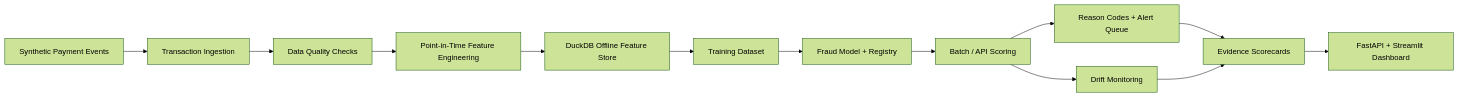
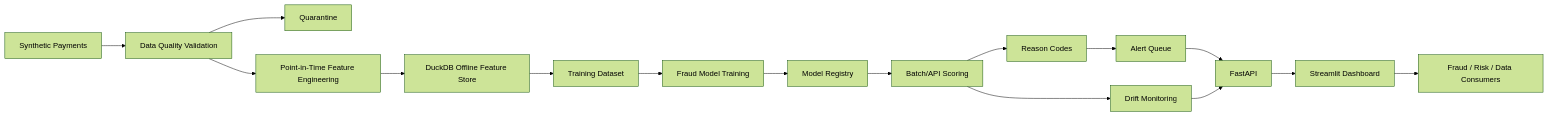
The diagram in README.md (mohilamin/payments-fraud-feature-store-mlops), drawn with Mermaid (forest theme) before and after one commit. The commit also changed other lines of this file and 16 other files, not shown here.

````diff
--- a/README.md
+++ b/README.md
@@ -24,15 +48,18 @@
 ```mermaid
 flowchart LR
-    A["Synthetic Payment Events"] --> B["Transaction Ingestion"]
-    B --> C["Data Quality Checks"]
-    C --> D["Point-in-Time Feature Engineering"]
+    A["Synthetic Payments"] --> B["Data Quality Validation"]
+    B --> C["Quarantine"]
+    B --> D["Point-in-Time Feature Engineering"]
     D --> E["DuckDB Offline Feature Store"]
     E --> F["Training Dataset"]
-    F --> G["Fraud Model + Registry"]
-    G --> H["Batch / API Scoring"]
-    H --> I["Reason Codes + Alert Queue"]
-    H --> J["Drift Monitoring"]
-    I --> K["Evidence Scorecards"]
-    J --> K
-    K --> L["FastAPI + Streamlit Dashboard"]
+    F --> G["Fraud Model Training"]
+    G --> H["Model Registry"]
+    H --> I["Batch/API Scoring"]
+    I --> J["Reason Codes"]
+    J --> K["Alert Queue"]
+    I --> L["Drift Monitoring"]
+    K --> M["FastAPI"]
+    L --> M
+    M --> N["Streamlit Dashboard"]
+    N --> O["Fraud / Risk / Data Consumers"]
 ```
````
